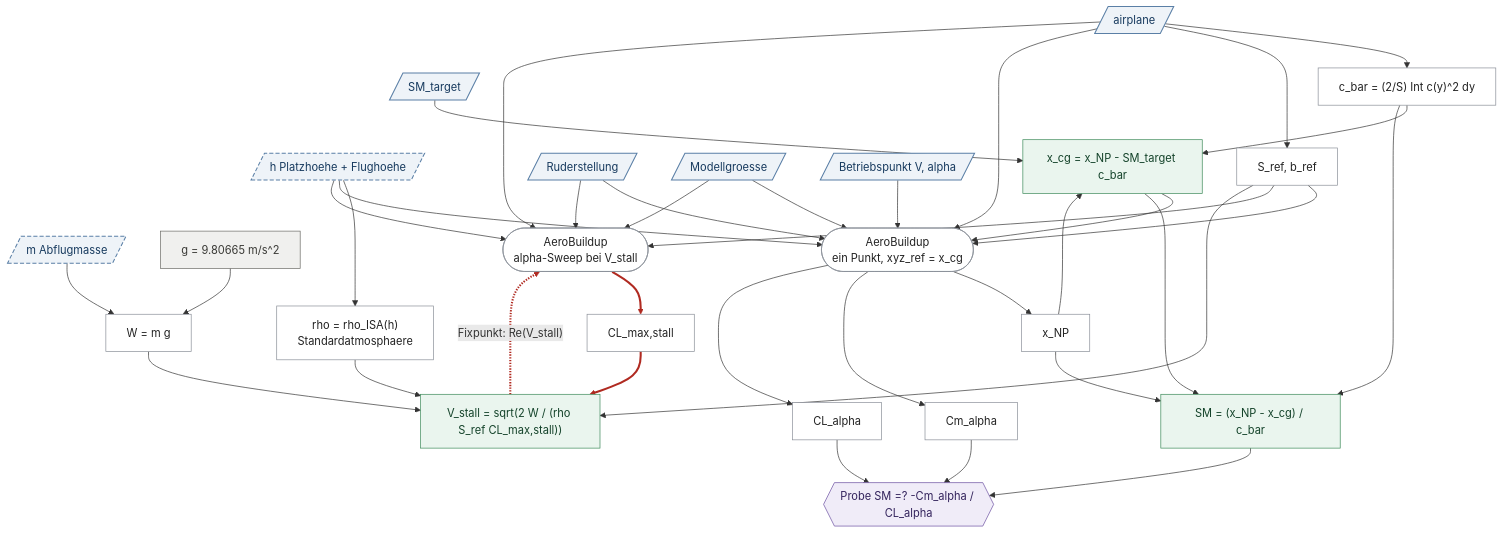
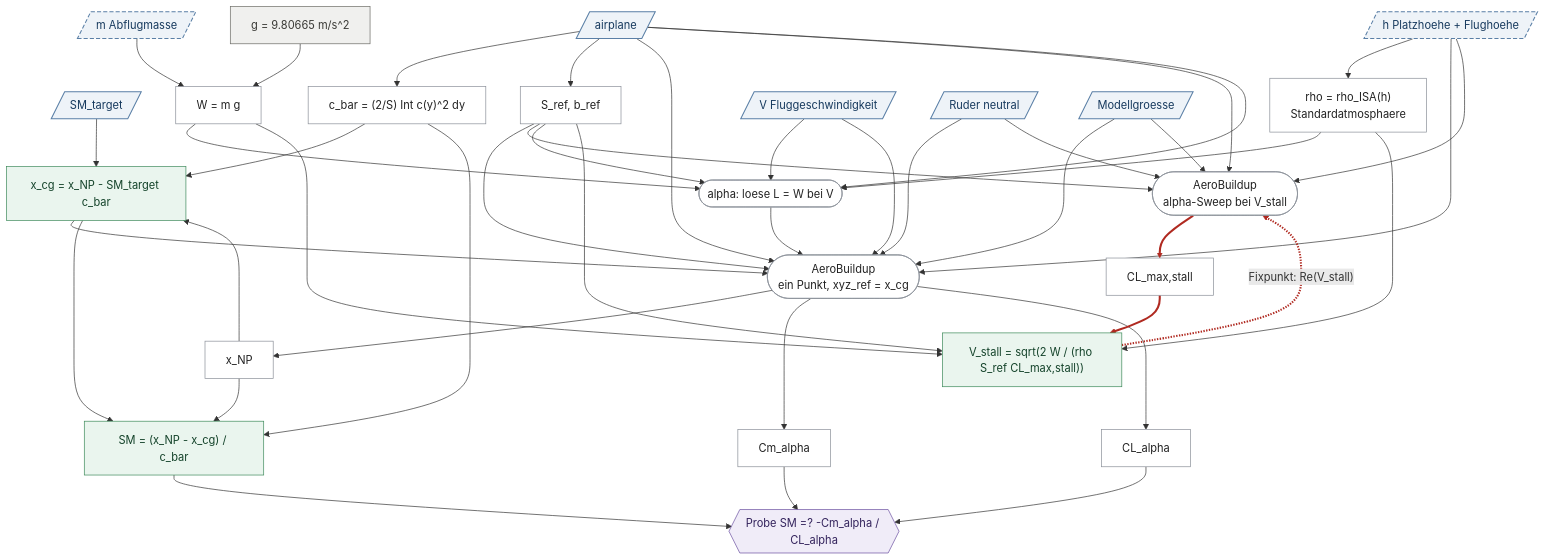
Before and after one commit to szymansk/da3Dalus: the second of 2 diagrams in _reversa_sdd/calculations/canon/PFAD3.md, drawn with Mermaid. The commit also changed other lines of this file and 1 other file, not shown here.

Commit message:
docs(spec): V is prescribed, alpha is solved from level flight
Decided: the flight speed is an input and the angle of attack follows
from L = W. Controls stay neutral, so the derivatives are the clean
aircraft's and no nested trim loop appears.

The operating point is therefore no longer an open input — it is half
computed. And alpha becomes the second procedure in this path, owing the
same four statements as the fixed point: relation, method, assumptions,
behaviour on non-convergence.

One assumption is easy to miss: L = W is the right condition only in
steady level flight. In a climb, in a turn or on a hand launch it is
L = n W, so the angle this run produces is that of the model flying
straight, and the stability derivatives hold for exactly that state.

Link indices for the red loop recomputed after the edges shifted.

Claude-Session: https://claude.ai/code/session_01Mi6hrNvR7cmwACXYAoStnv

````diff
--- a/_reversa_sdd/calculations/canon/PFAD3.md
+++ b/_reversa_sdd/calculations/canon/PFAD3.md
@@ -441,9 +441,11 @@
   ATM["rho = rho_ISA(h)<br/>Standardatmosphaere"]:::drv
   W["W = m g"]:::drv
 
-  CTRL[/"Ruderstellung"/]:::inp
+  VCR[/"V  Fluggeschwindigkeit"/]:::inp
+  CTRL[/"Ruder neutral"/]:::inp
   FID[/"Modellgroesse"/]:::inp
-  OP[/"Betriebspunkt V, alpha"/]:::inp
+
+  ALPHA(["alpha: loese L = W bei V"]):::drv
 
   RUN(["AeroBuildup<br/>ein Punkt, xyz_ref = x_cg"]):::drv
   SWEEP(["AeroBuildup<br/>alpha-Sweep bei V_stall"]):::drv
@@ -468,7 +470,13 @@
   CTRL --> SWEEP
   FID --> RUN
   FID --> SWEEP
-  OP --> RUN
+  VCR --> ALPHA
+  W --> ALPHA
+  ATM --> ALPHA
+  SREF --> ALPHA
+  GEO --> ALPHA
+  ALPHA --> RUN
+  VCR --> RUN
 
   MEST --> W
   GRAV --> W
@@ -499,7 +507,7 @@
   CLMAX --> VS
   VS -. "Fixpunkt: Re(V_stall)" .-> SWEEP
 
-  linkStyle 29 stroke:#b02a21,stroke-width:3px
-  linkStyle 33 stroke:#b02a21,stroke-width:3px
-  linkStyle 34 stroke:#b02a21,stroke-width:3px
+  linkStyle 35 stroke:#b02a21,stroke-width:3px
+  linkStyle 39 stroke:#b02a21,stroke-width:3px
+  linkStyle 40 stroke:#b02a21,stroke-width:3px
 ```
````
